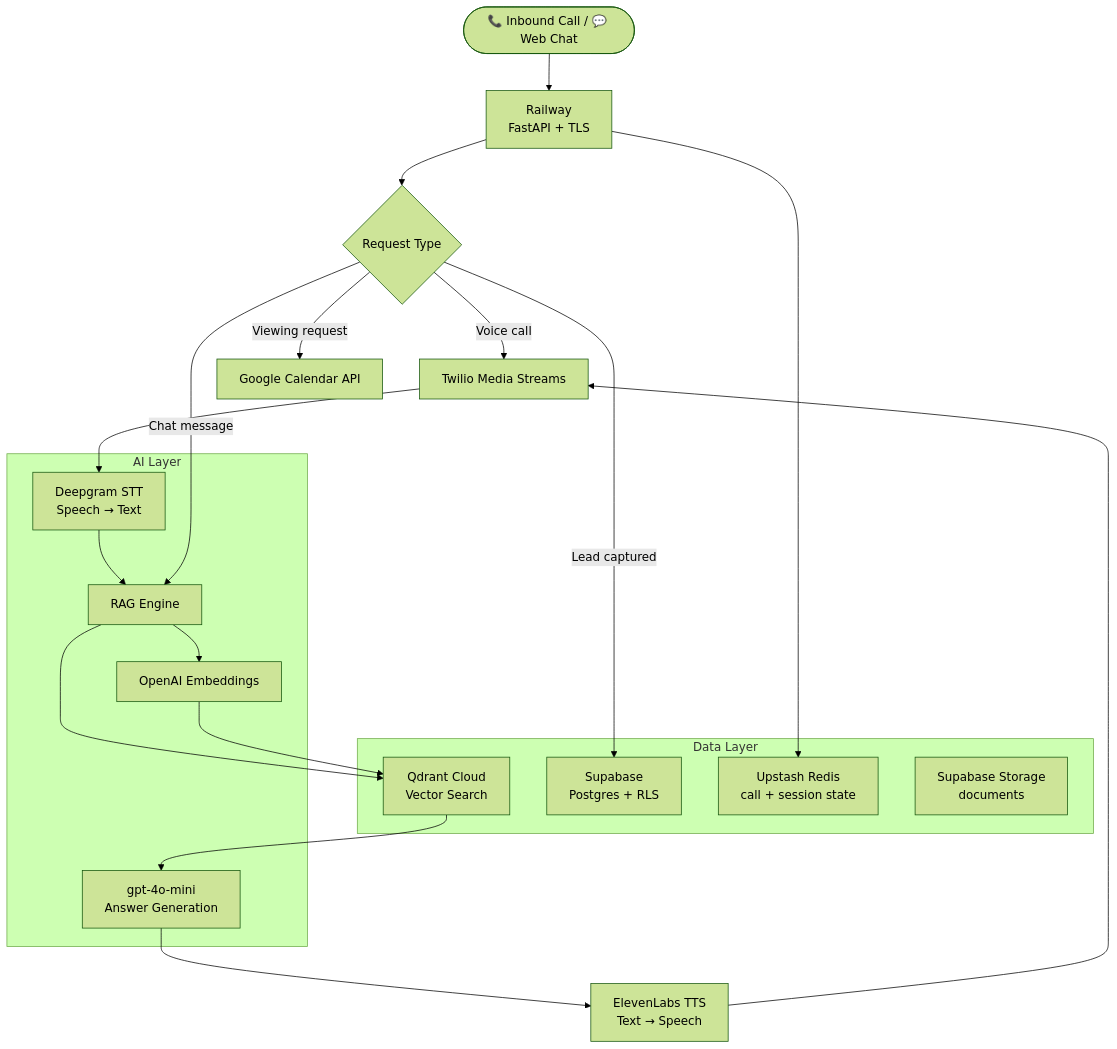
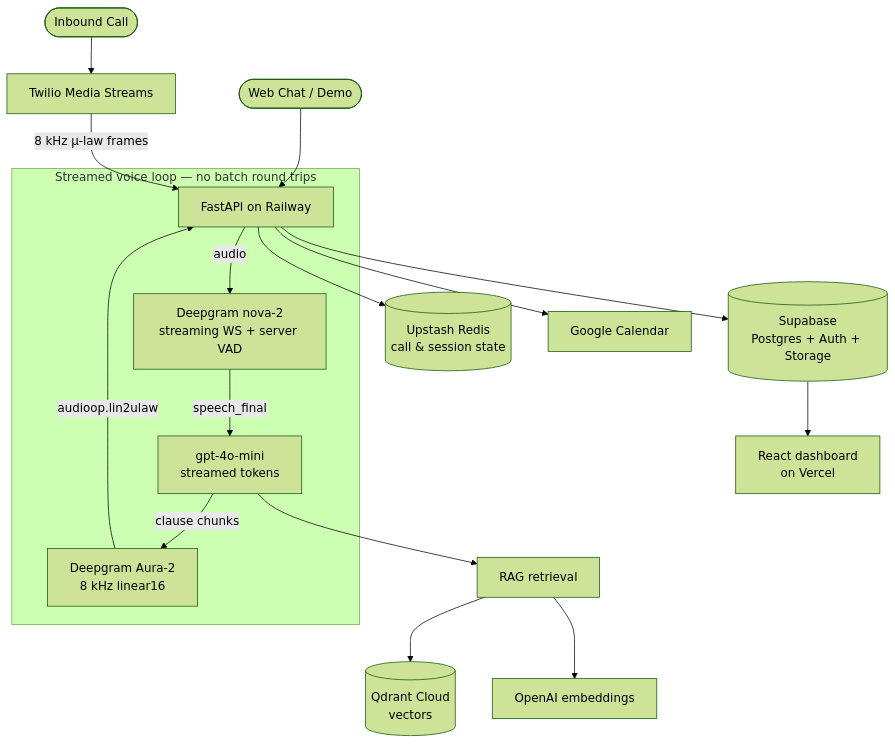
One commit to shaheersalal/nexadesk changed the diagram in README.md. Above: the diagram before and after it, drawn with Mermaid (forest theme). The commit also changed other lines of this file and 2 other files, not shown here.

````diff
--- a/README.md
+++ b/README.md
@@ -16,36 +37,24 @@
 ```mermaid
 flowchart TD
-    A([📞 Inbound Call / 💬 Web Chat]) --> B[Railway\nFastAPI + TLS]
-    B --> D{Request Type}
+    A([Inbound Call]) --> T[Twilio Media Streams]
+    B([Web Chat / Demo]) --> API
 
-    D -->|Voice call| E[Twilio Media Streams]
-    E --> F[Deepgram STT\nSpeech → Text]
-    F --> G[RAG Engine]
-    G --> H[Qdrant Cloud\nVector Search]
-    H --> I[gpt-4o-mini\nAnswer Generation]
-    I --> J[ElevenLabs TTS\nText → Speech]
-    J --> E
+    T -->|8 kHz μ-law frames| API[FastAPI on Railway]
 
-    D -->|Chat message| G
-
-    D -->|Lead captured| K[Supabase\nPostgres + RLS]
-    D -->|Viewing request| L[Google Calendar API]
-
-    subgraph Data Layer
-        H
-        K
-        M[Upstash Redis\ncall + session state]
-        N[Supabase Storage\ndocuments]
+    subgraph Voice["Streamed voice loop — no batch round trips"]
+        API -->|audio| STT[Deepgram nova-2<br/>streaming WS + server VAD]
+        STT -->|speech_final| LLM[gpt-4o-mini<br/>streamed tokens]
+        LLM -->|clause chunks| TTS[Deepgram Aura-2<br/>8 kHz linear16]
+        TTS -->|audioop.lin2ulaw| API
     end
 
-    subgraph AI Layer
-        F
-        G
-        I
-        O[OpenAI Embeddings]
-    end
+    LLM --> RAG[RAG retrieval]
+    RAG --> Q[(Qdrant Cloud<br/>vectors)]
+    RAG --> EMB[OpenAI embeddings]
 
-    G --> O
-    O --> H
-    B --> M
+    API --> S[(Supabase<br/>Postgres + Auth + Storage)]
+    API --> R[(Upstash Redis<br/>call & session state)]
+    API --> GC[Google Calendar]
+
+    S --> D[React dashboard<br/>on Vercel]
 ```
````
